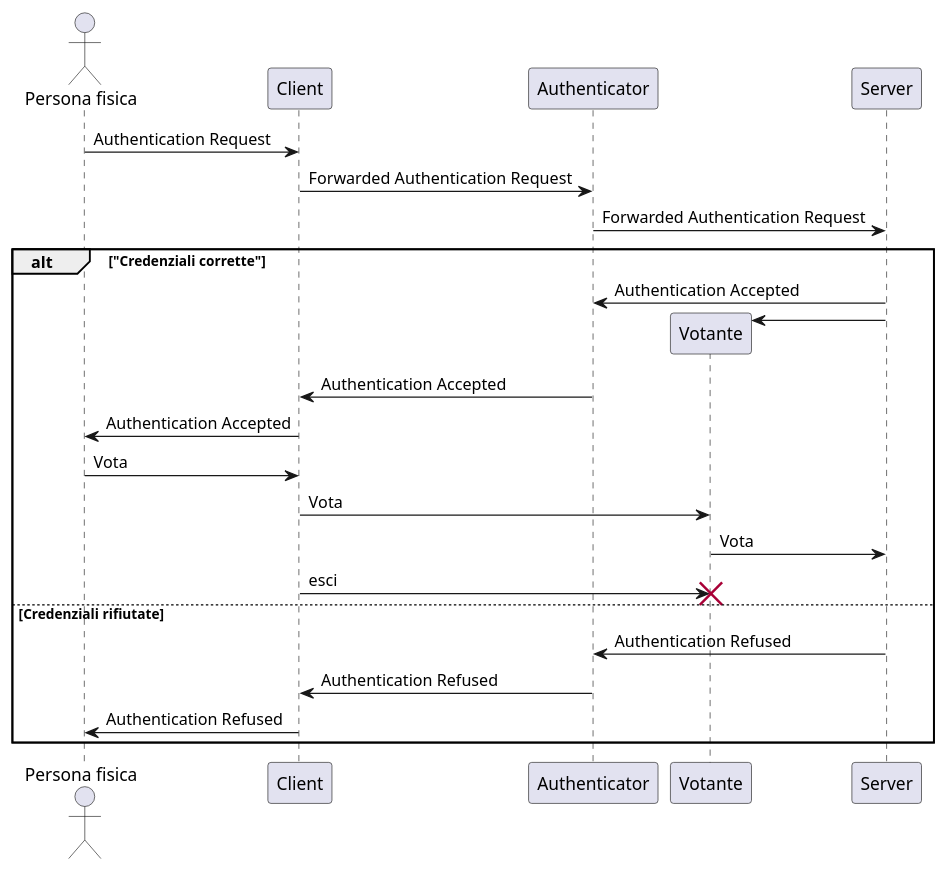
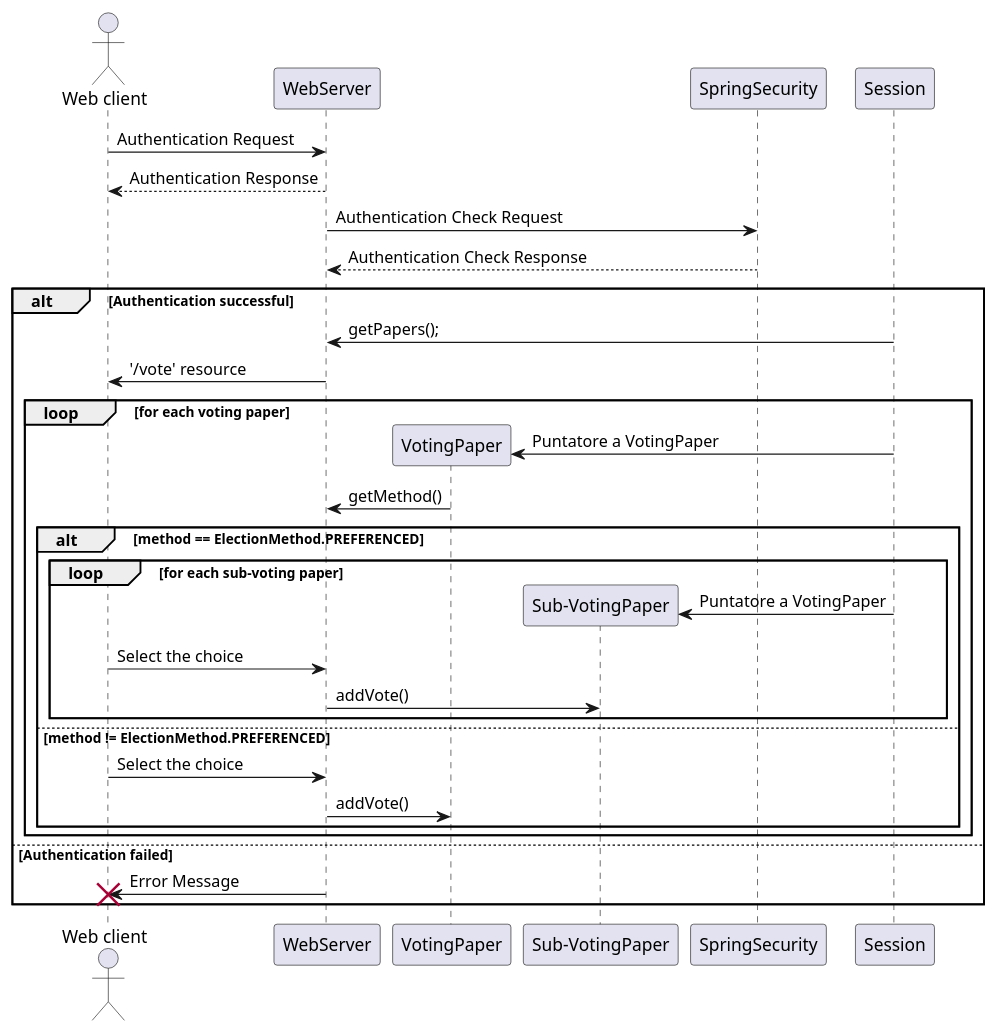
The diagram in UML/seqVota.puml (sgorblex-unimi/SVeSE_docs), drawn with PlantUML before and after one commit. The commit also changed 6 other files, not shown here.

Commit message:
Sequence diagram

```diff
--- a/UML/seqVota.puml
+++ b/UML/seqVota.puml
@@ -1,32 +1,37 @@
 @startuml
-actor "Persona fisica" as P 
-participant "Client" as C
-participant "Authenticator" as A 
-participant "Votante" as V
-participant "Server" as S 
+actor "Web client" as WC
+participant WebServer as WS
+participant VotingPaper as VP
+participant "Sub-VotingPaper" as SVP
+participant SpringSecurity as SS
+participant Session as S
 
-P -> C : Authentication Request
-C -> A : Forwarded Authentication Request
-A -> S: Forwarded Authentication Request
+WC -> WS : Authentication Request
+WC <-- WS : Authentication Response
+WS -> SS : Authentication Check Request
+WS <-- SS : Authentication Check Response
 
+alt Authentication successful
+    WS <- S : getPapers();
+    WS -> WC : '/vote' resource
+    loop for each voting paper
+        S -> VP ** : Puntatore a VotingPaper
+        WS <- VP : getMethod()
+        alt method == ElectionMethod.PREFERENCED
+            loop for each sub-voting paper
+            S -> SVP ** : Puntatore a VotingPaper
+            WC -> WS : Select the choice
+            WS -> SVP : addVote()
+            deactivate SVP
+            end
+        else method != ElectionMethod.PREFERENCED
+            WC -> WS : Select the choice
+            WS -> VP : addVote()
+        deactivate VP
+    end
+    end
+else Authentication failed
+   WS -> WC !! : Error Message
+end
 
-alt "Credenziali corrette"
-
-        S -> A: Authentication Accepted
-	S -> V **
-        A -> C: Authentication Accepted
-        C -> P: Authentication Accepted
-	P -> C: Vota
-	C -> V: Vota
-	V -> S: Vota
-	C -> V !!: esci
-
-
-else Credenziali rifiutate
-
-    S -> A: Authentication Refused
-    A -> C: Authentication Refused
-    C -> P: Authentication Refused
-
-end
 @enduml
```
